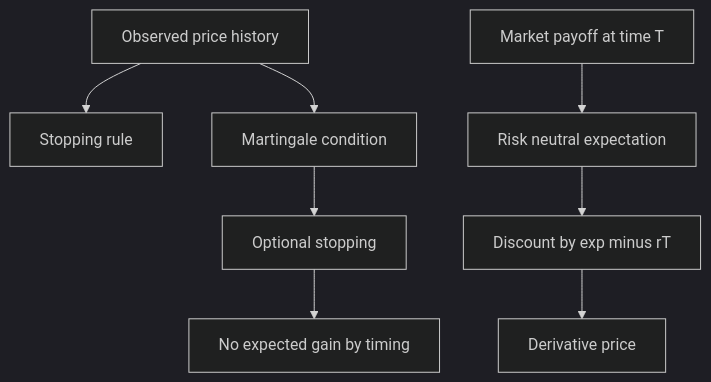
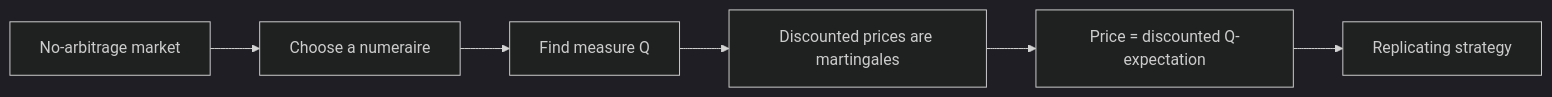
Before and after one commit to justinbrianhwang/SJ-wiki: the diagram in docs/math/probability-and-random-variables/martingales-risk-neutral-probability-black-scholes.md, drawn with Mermaid (dark theme). The commit also changed other lines of this file and 955 other files, not shown here.

````diff
--- a/docs/math/probability-and-random-variables/martingales-risk-neutral-probability-black-scholes.md
+++ b/docs/math/probability-and-random-variables/martingales-risk-neutral-probability-black-scholes.md
@@ -131,10 +220,8 @@
 ```mermaid
-graph TD
-  A["Observed price history"] --> B["Stopping rule"]
-  A --> C["Martingale condition"]
-  C --> D["Optional stopping"]
-  D --> E["No expected gain by timing"]
-  F["Market payoff at time T"] --> G["Risk neutral expectation"]
-  G --> H["Discount by exp minus rT"]
-  H --> I["Derivative price"]
+graph LR
+  A["No-arbitrage market"] --> B["Choose a numeraire"]
+  B --> C["Find measure Q"]
+  C --> D["Discounted prices are martingales"]
+  D --> E["Price = discounted Q-expectation"]
+  E --> F["Replicating strategy"]
 ```
````
